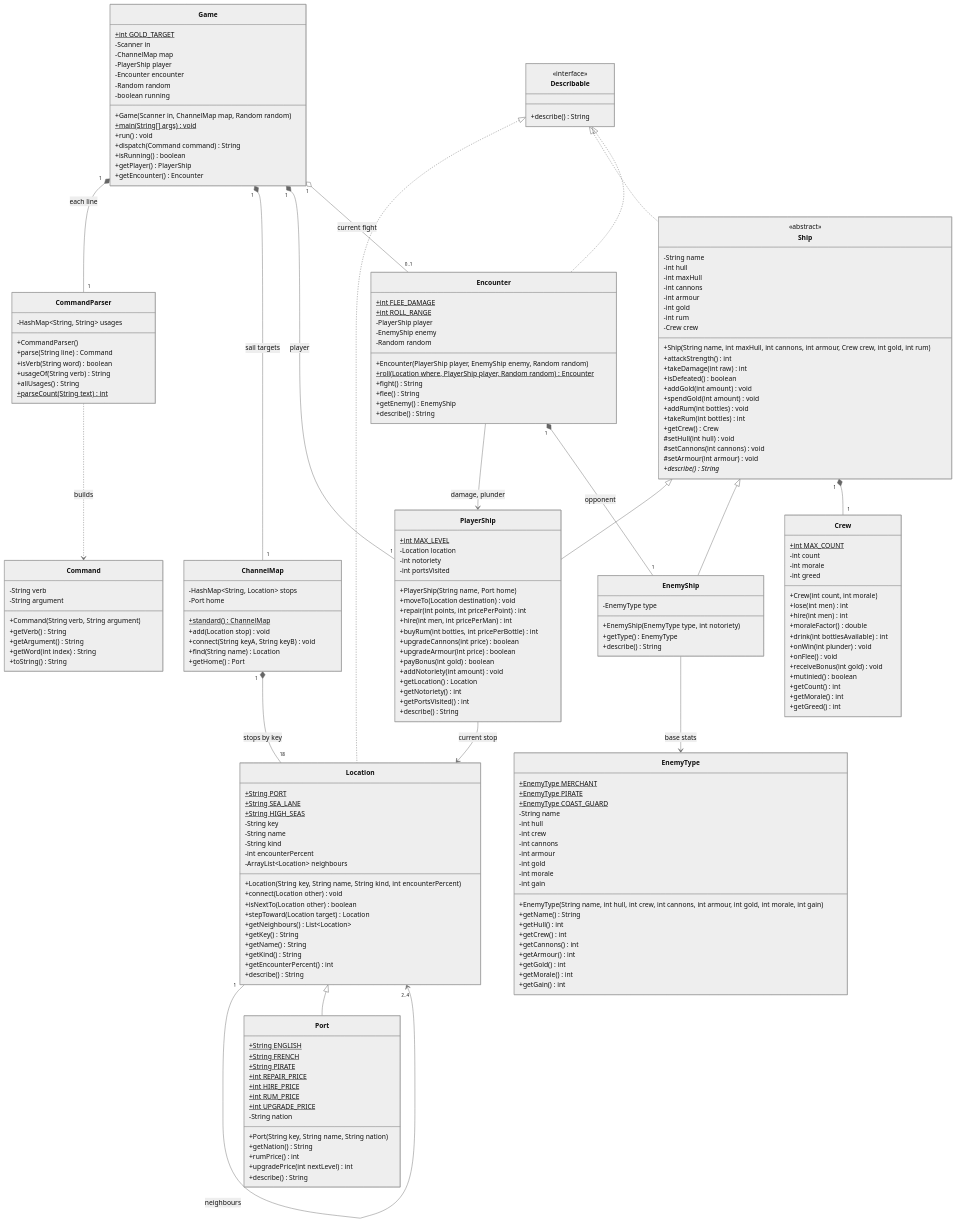
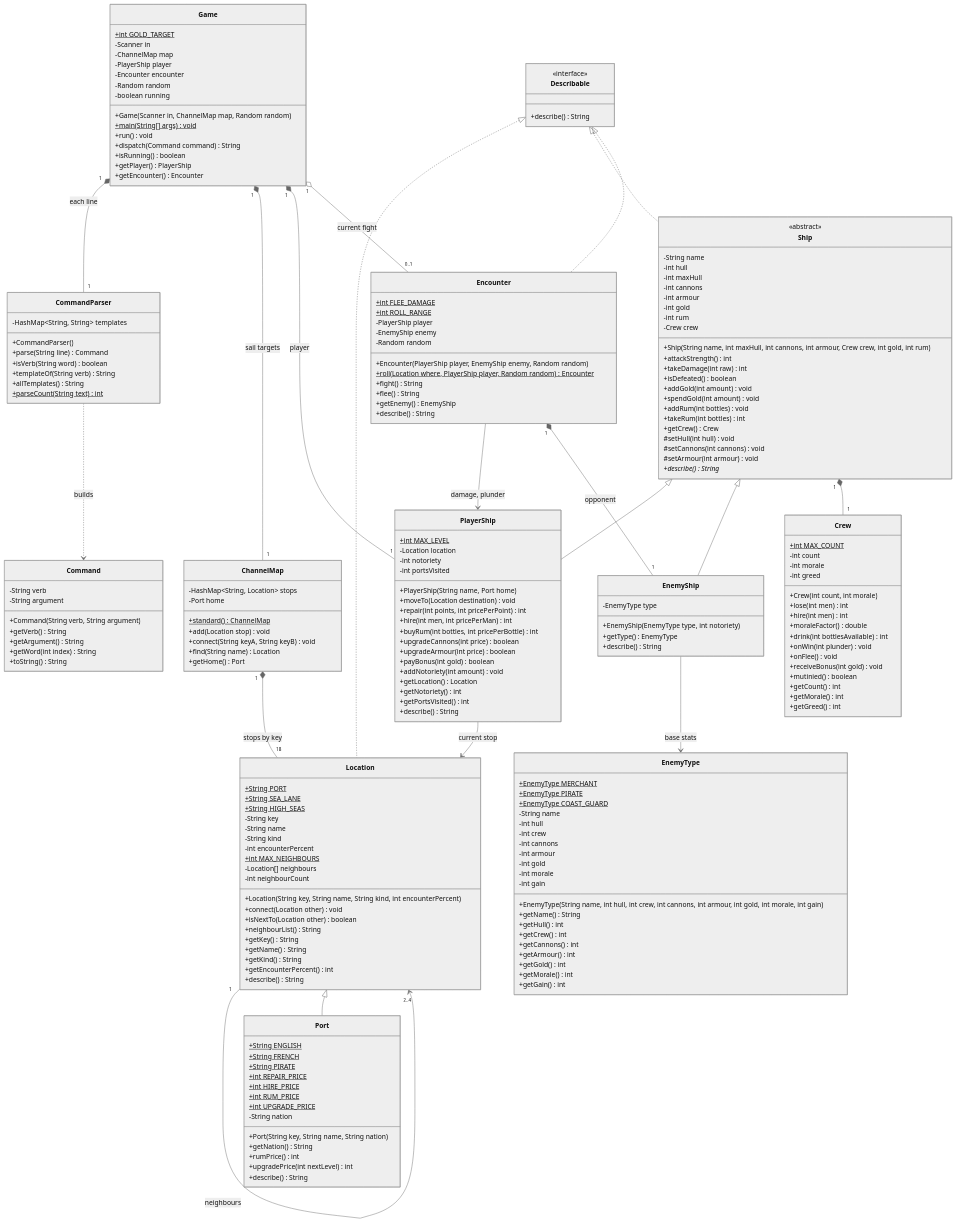
Before and after one commit to DRMarcosVT/cs2114-project1-group87: the diagram in docs/class-diagram.mmd, drawn with Mermaid (neutral theme). The commit also changed 6 other files, not shown here.

First line of the commit message:
Take input as typed, sail by stop key, and keep neighbours in a private array

```diff
--- a/docs/class-diagram.mmd
+++ b/docs/class-diagram.mmd
@@ -24,12 +24,12 @@
     }
 
     class CommandParser {
-        -HashMap~String, String~ usages
+        -HashMap~String, String~ templates
         +CommandParser()
         +parse(String line) Command
         +isVerb(String word) boolean
-        +usageOf(String verb) String
-        +allUsages() String
+        +templateOf(String verb) String
+        +allTemplates() String
         +parseCount(String text)$ int
     }
 
@@ -61,12 +61,13 @@
         -String name
         -String kind
         -int encounterPercent
-        -ArrayList~Location~ neighbours
+        +int MAX_NEIGHBOURS$
+        -Location[] neighbours
+        -int neighbourCount
         +Location(String key, String name, String kind, int encounterPercent)
         +connect(Location other) void
         +isNextTo(Location other) boolean
-        +stepToward(Location target) Location
-        +getNeighbours() List~Location~
+        +neighbourList() String
         +getKey() String
         +getName() String
         +getKind() String
```
